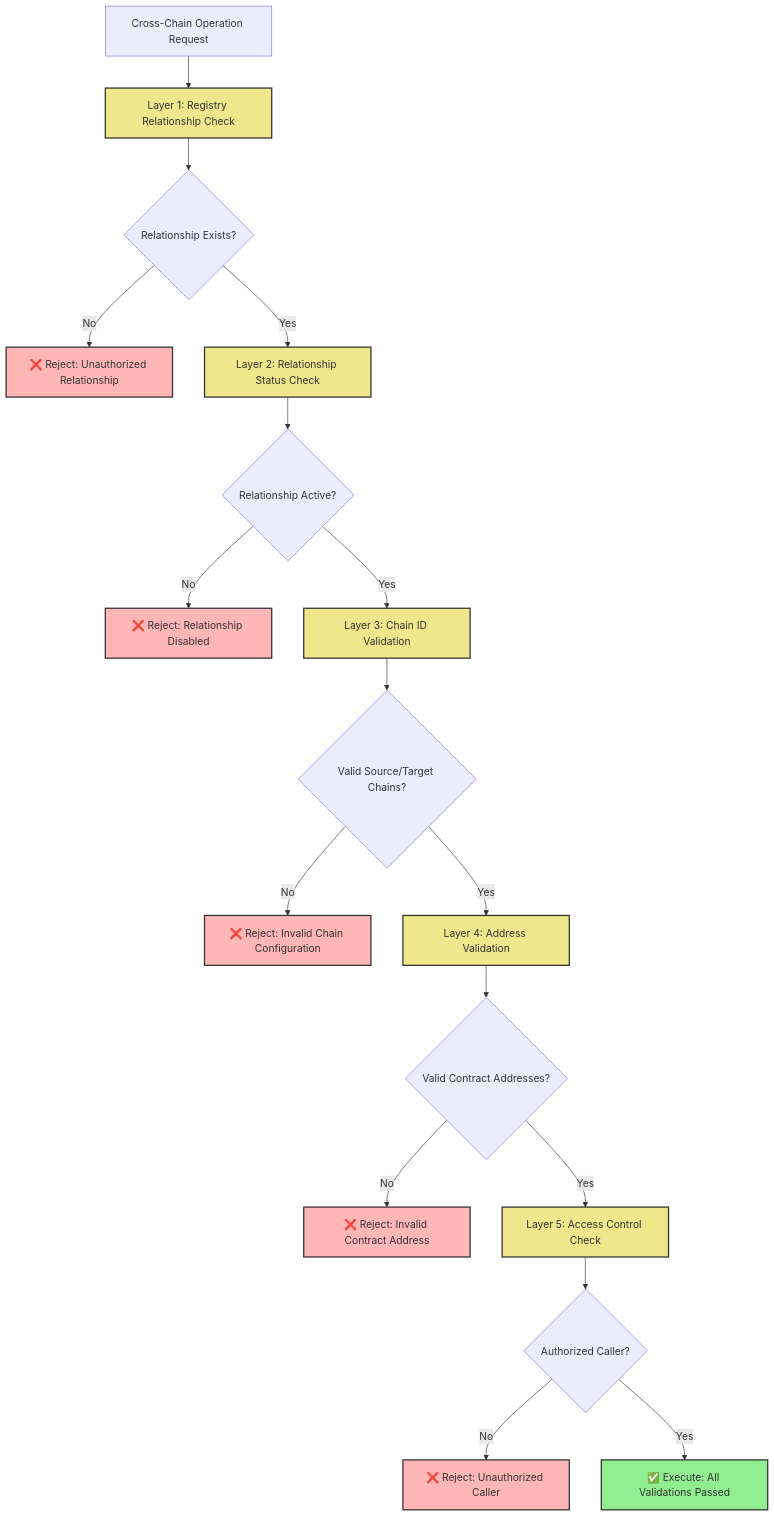
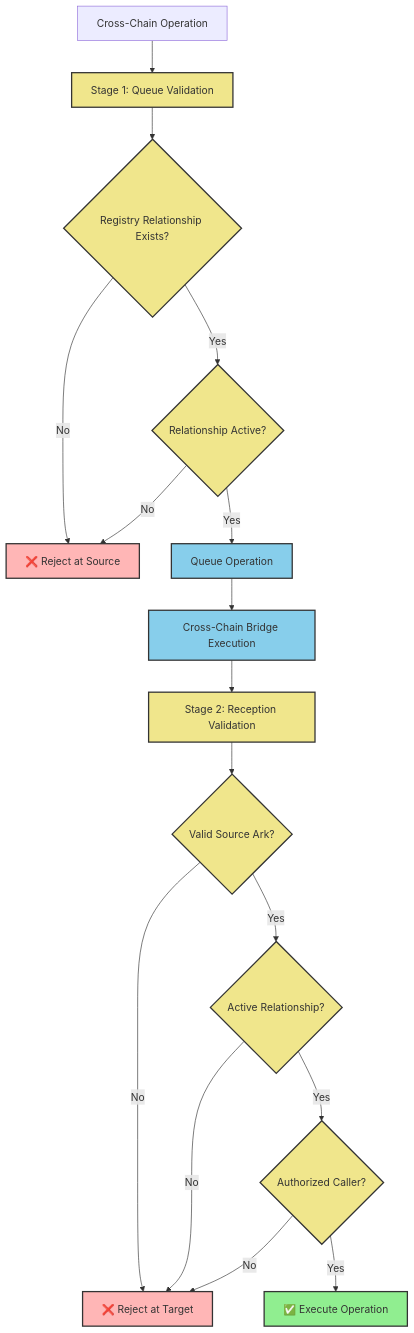
One commit to OasisDEX/summer-earn-protocol changed the third of 3 diagrams in packages/core-contracts/docs/CROSS_CHAIN_ARK_TECHNICAL_ARCHITECTURE.md. Above: the diagram before and after it, drawn with Mermaid. The commit also changed other lines of this file, not shown here.

First line of the commit message:
refactor: update Cross-Chain Ark documentation for clarity and security mechanisms

````diff
--- a/packages/core-contracts/docs/CROSS_CHAIN_ARK_TECHNICAL_ARCHITECTURE.md
+++ b/packages/core-contracts/docs/CROSS_CHAIN_ARK_TECHNICAL_ARCHITECTURE.md
@@ -190,27 +124,29 @@
 ```mermaid
 graph TD
-    A[Cross-Chain Operation Request] --> B[Layer 1: Registry Relationship Check]
-    B --> C{Relationship Exists?}
-    C -->|No| D[❌ Reject: Unauthorized Relationship]
-    C -->|Yes| E[Layer 2: Relationship Status Check]
-    E --> F{Relationship Active?}
-    F -->|No| G[❌ Reject: Relationship Disabled]
-    F -->|Yes| H[Layer 3: Chain ID Validation]
-    H --> I{Valid Source/Target Chains?}
-    I -->|No| J[❌ Reject: Invalid Chain Configuration]
-    I -->|Yes| K[Layer 4: Address Validation]
-    K --> L{Valid Contract Addresses?}
-    L -->|No| M[❌ Reject: Invalid Contract Address]
-    L -->|Yes| N[Layer 5: Access Control Check]
-    N --> O{Authorized Caller?}
-    O -->|No| P[❌ Reject: Unauthorized Caller]
-    O -->|Yes| Q[✅ Execute: All Validations Passed]
+    A[Cross-Chain Operation] --> B[Stage 1: Queue Validation]
+    B --> C{Registry Relationship Exists?}
+    C -->|No| D[❌ Reject at Source]
+    C -->|Yes| E{Relationship Active?}
+    E -->|No| D
+    E -->|Yes| F[Queue Operation]
+    
+    F --> G[Cross-Chain Bridge Execution]
+    G --> H[Stage 2: Reception Validation]
+    H --> I{Valid Source Ark?}
+    I -->|No| J[❌ Reject at Target]
+    I -->|Yes| K{Active Relationship?}
+    K -->|No| J
+    K -->|Yes| L{Authorized Caller?}
+    L -->|No| J
+    L -->|Yes| M[✅ Execute Operation]
     
     classDef successStyle fill:#90EE90,stroke:#333,stroke-width:2px
     classDef failStyle fill:#FFB6B6,stroke:#333,stroke-width:2px
+    classDef processStyle fill:#87CEEB,stroke:#333,stroke-width:2px
     classDef checkStyle fill:#F0E68C,stroke:#333,stroke-width:2px
     
-    class Q successStyle
-    class D,G,J,M,P failStyle
-    class B,E,H,K,N checkStyle
+    class M successStyle
+    class D,J failStyle
+    class F,G processStyle
+    class B,H,C,E,I,K,L checkStyle
 ```
````
